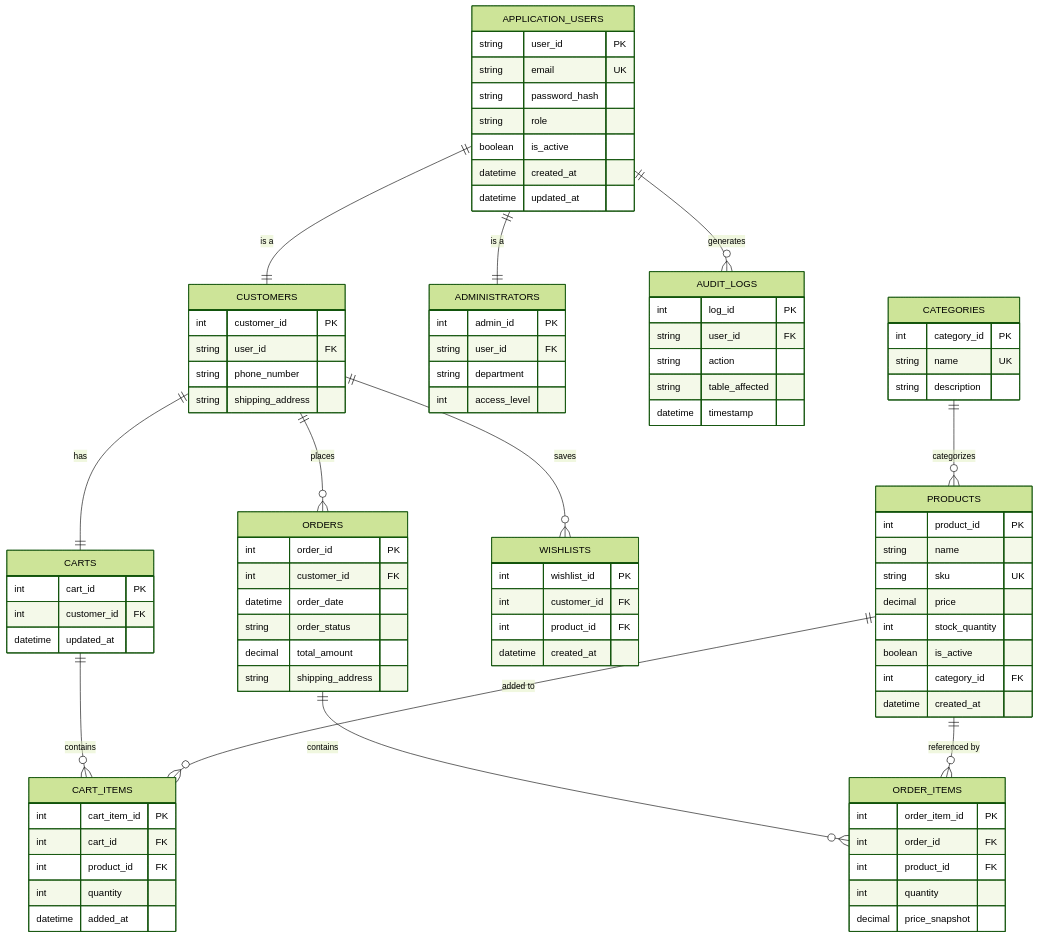
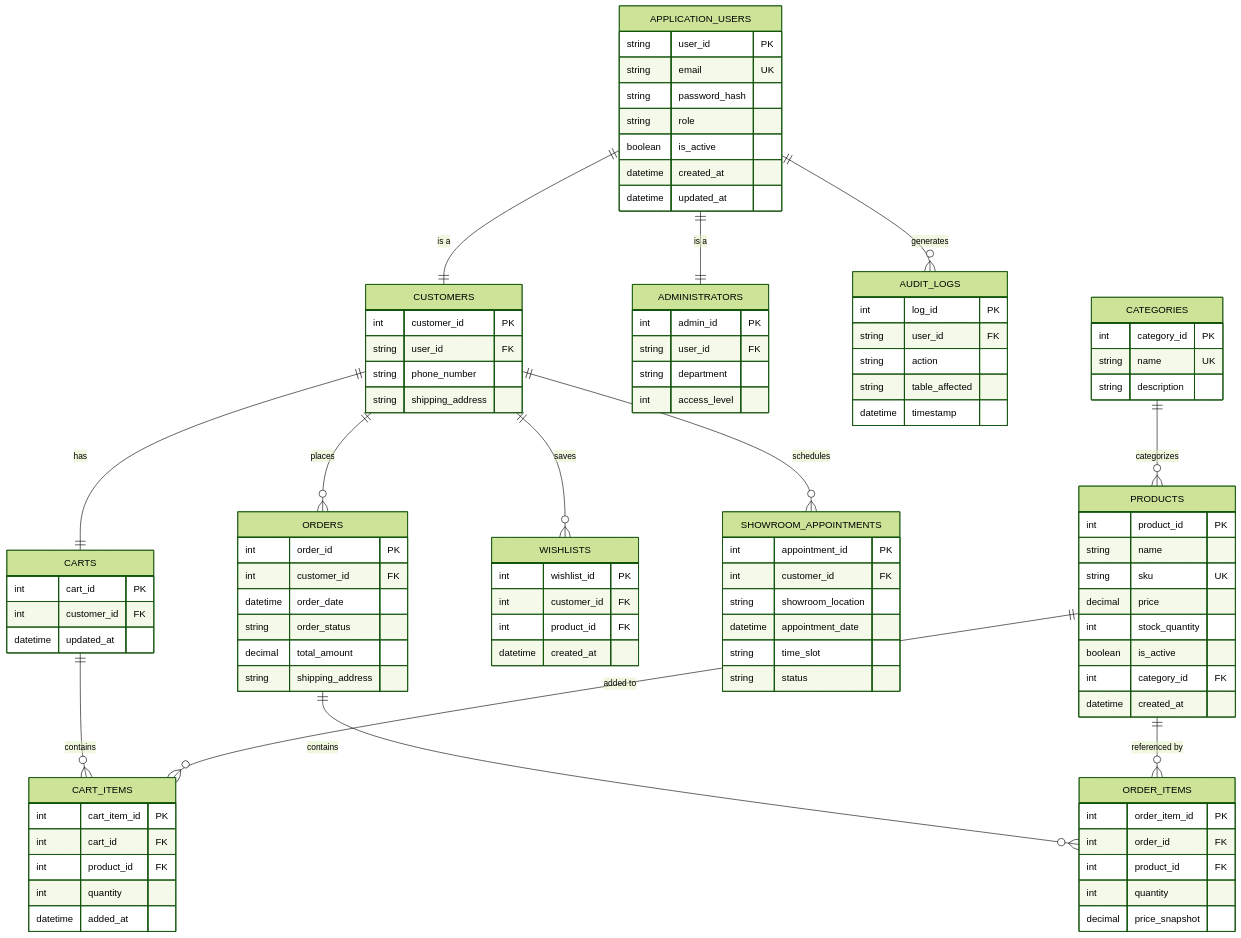
One commit to hananabedalkareemabololy/RuqiStore-Documentation changed the diagram in Final Project Sample/08-database-design.md. Above: the diagram before and after it, drawn with Mermaid (forest theme). The commit also changed other lines of this file, not shown here.

````diff
--- a/Final Project Sample/08-database-design.md
+++ b/Final Project Sample/08-database-design.md
@@ -13,6 +13,7 @@
     CUSTOMERS ||--|| CARTS : "has"
     CUSTOMERS ||--o{ ORDERS : "places"
     CUSTOMERS ||--o{ WISHLISTS : "saves"
+    CUSTOMERS ||--o{ SHOWROOM_APPOINTMENTS : "schedules"
 
     CATEGORIES ||--o{ PRODUCTS : "categorizes"
 
@@ -108,4 +109,13 @@
         string table_affected
         datetime timestamp
     }
+
+    SHOWROOM_APPOINTMENTS {
+        int appointment_id PK
+        int customer_id FK
+        string showroom_location
+        datetime appointment_date
+        string time_slot
+        string status
+    }
 ```
````
